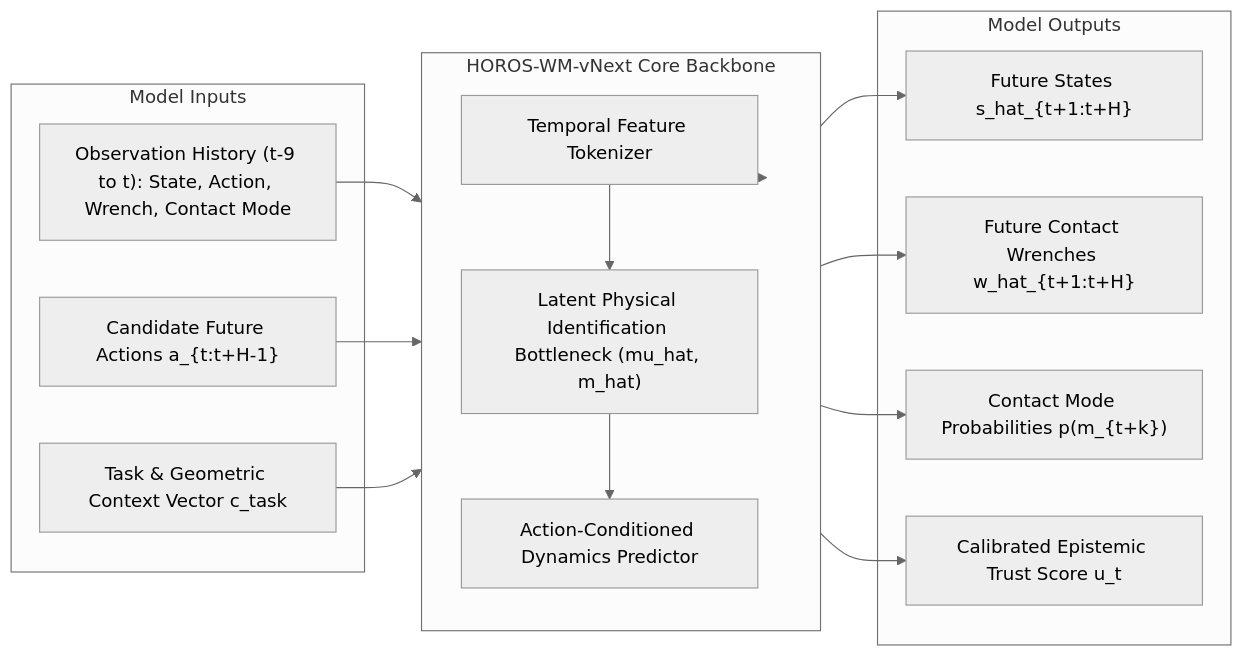
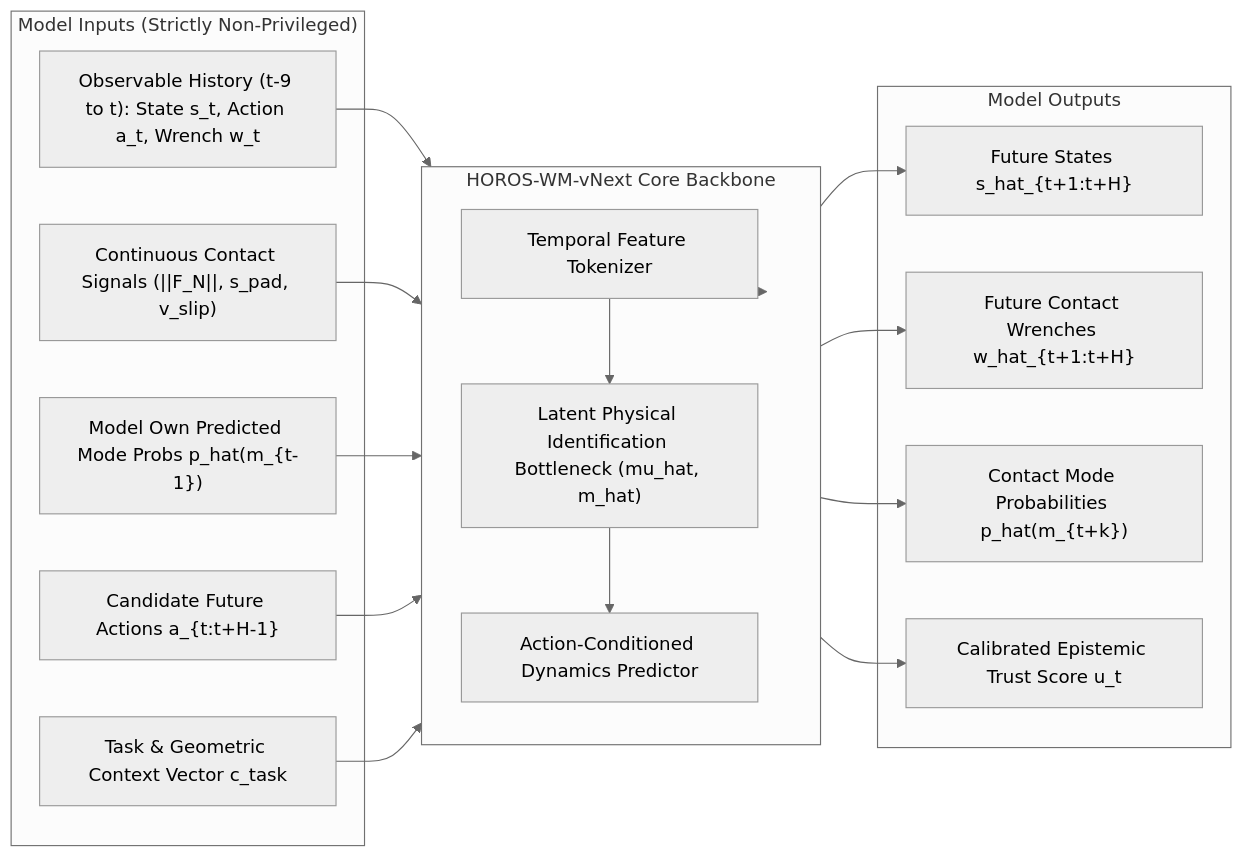
The first of 2 diagrams in Research-002/experiments/world_model_vnext/horos_world_model_vnext_spec.md (Sunilkumarchavhan9/horos-probe-1), drawn with Mermaid (neutral theme) before and after one commit. The commit also changed other lines of this file and 6 other files, not shown here.

````diff
--- a/Research-002/experiments/world_model_vnext/horos_world_model_vnext_spec.md
+++ b/Research-002/experiments/world_model_vnext/horos_world_model_vnext_spec.md
@@ -31,26 +32,28 @@
 ```mermaid
 flowchart LR
-    subgraph IN["Model Inputs"]
-        I1["Observation History (t-9 to t): State, Action, Wrench, Contact Mode"]
-        I2["Candidate Future Actions a_{t:t+H-1}"]
-        I3["Task & Geometric Context Vector c_task"]
+    subgraph IN["Model Inputs (Strictly Non-Privileged)"]
+        I1["Observable History (t-9 to t): State s_t, Action a_t, Wrench w_t"]
+        I2["Continuous Contact Signals (||F_N||, s_pad, v_slip)"]
+        I3["Model Own Predicted Mode Probs p_hat(m_{t-1})"]
+        I4["Candidate Future Actions a_{t:t+H-1}"]
+        I5["Task & Geometric Context Vector c_task"]
     end
 
     subgraph CORE["HOROS-WM-vNext Core Backbone"]
         direction TB
         C1["Temporal Feature Tokenizer"]
         C2["Latent Physical Identification Bottleneck (mu_hat, m_hat)"]
         C3["Action-Conditioned Dynamics Predictor"]
     end
 
     subgraph OUT["Model Outputs"]
         O1["Future States s_hat_{t+1:t+H}"]
         O2["Future Contact Wrenches w_hat_{t+1:t+H}"]
-        O3["Contact Mode Probabilities p(m_{t+k})"]
+        O3["Contact Mode Probabilities p_hat(m_{t+k})"]
         O4["Calibrated Epistemic Trust Score u_t"]
     end
 
-    I1 & I2 & I3 --> CORE
+    I1 & I2 & I3 & I4 & I5 --> CORE
     CORE --> C1 --> C2 --> C3
     C3 --> O1 & O2 & O3 & O4
 ```
````
